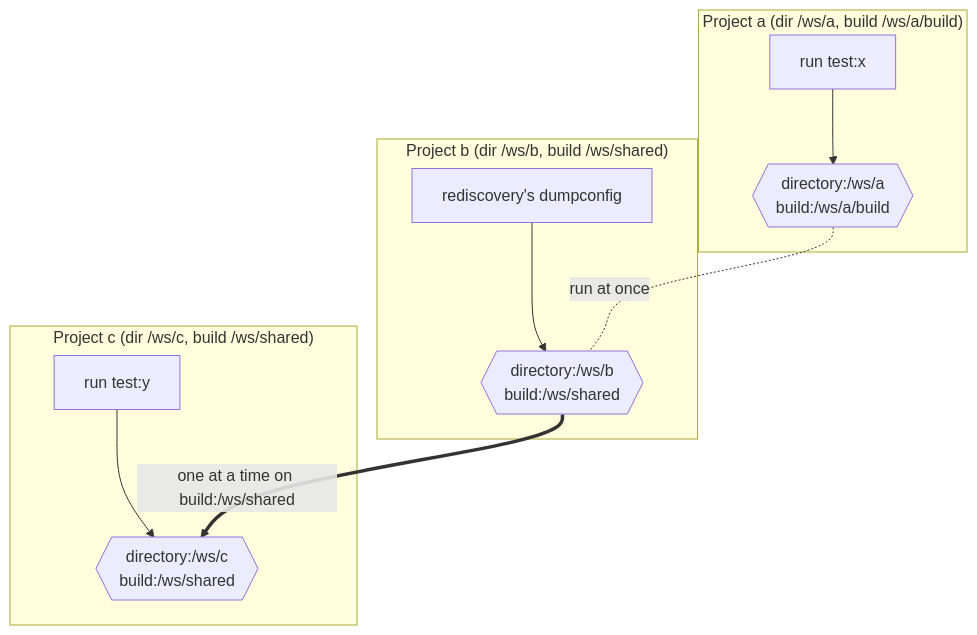
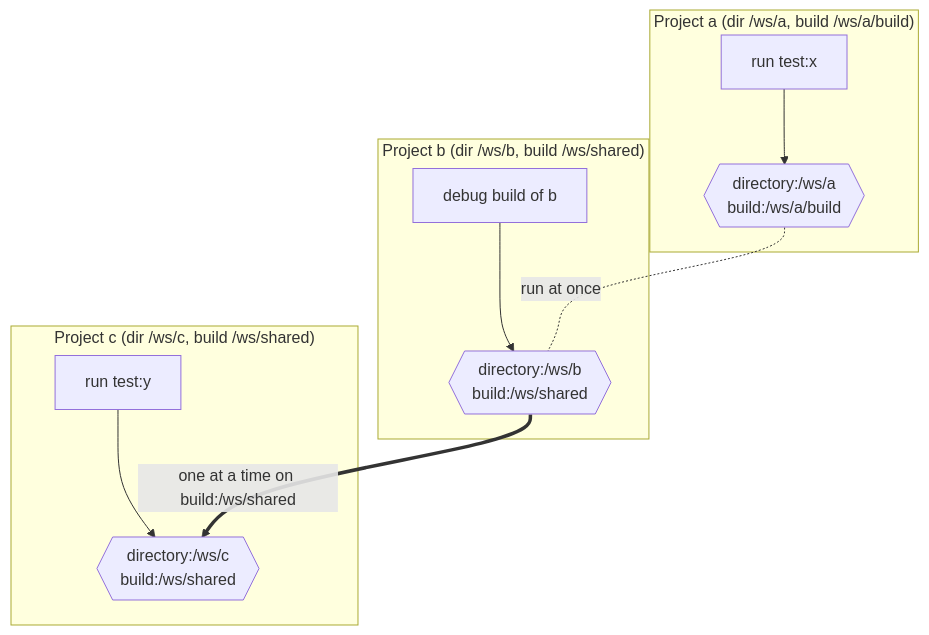
One commit to ThrowTheSwitch/vscode-ceedling changed the fourth of 4 diagrams in docs/Architecture.md. Above: the diagram before and after it, drawn with Mermaid. The commit also changed other lines of this file and 6 other files, not shown here.

````diff
--- a/docs/Architecture.md
+++ b/docs/Architecture.md
@@ -241,14 +242,14 @@
 ```mermaid
 flowchart TB
     subgraph PA["Project a (dir /ws/a, build /ws/a/build)"]
         A1["run test:x"] --> LA{{"directory:/ws/a<br/>build:/ws/a/build"}}
     end
     subgraph PB["Project b (dir /ws/b, build /ws/shared)"]
-        B1["rediscovery's dumpconfig"] --> LB{{"directory:/ws/b<br/>build:/ws/shared"}}
+        B1["debug build of b"] --> LB{{"directory:/ws/b<br/>build:/ws/shared"}}
     end
     subgraph PC["Project c (dir /ws/c, build /ws/shared)"]
         C1["run test:y"] --> LC{{"directory:/ws/c<br/>build:/ws/shared"}}
     end
     LA -.-|"run at once"| LB
     LB ==>|"one at a time on build:/ws/shared"| LC
 ```
````
